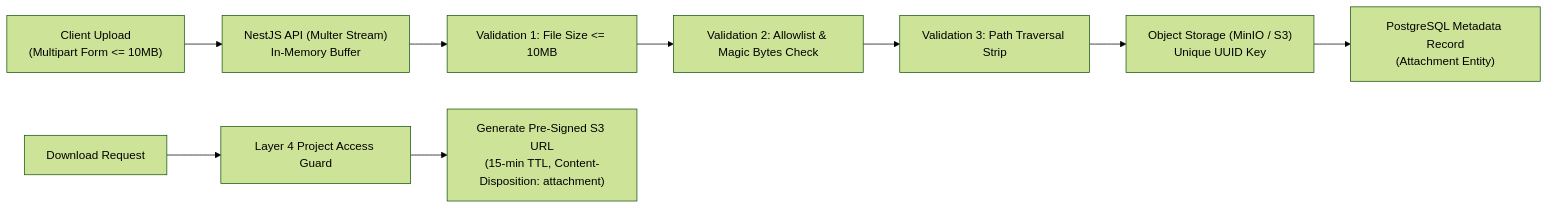
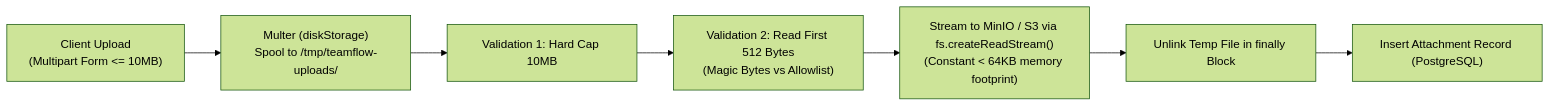
The fourth of 6 diagrams in docs/00-project-overview/requirements.md (Y0oLK/teamflow), drawn with Mermaid (forest theme) before and after one commit. The commit also changed other lines of this file and 3 other files, not shown here.

Commit message:
docs: finalize v1.2.1 requirements verification with memory-safe uploads, tie-breaking, post-commit crash recovery, and GDPR audit retention

````diff
--- a/docs/00-project-overview/requirements.md
+++ b/docs/00-project-overview/requirements.md
@@ -163,11 +165,9 @@
 ```mermaid
 flowchart LR
-    Client["Client Upload\n(Multipart Form <= 10MB)"] --> Nest["NestJS API (Multer Stream)\nIn-Memory Buffer"]
-    Nest --> V1["Validation 1: File Size <= 10MB"]
-    V1 --> V2["Validation 2: Allowlist & Magic Bytes Check"]
-    V2 --> V3["Validation 3: Path Traversal Strip"]
-    V3 --> S3["Object Storage (MinIO / S3)\nUnique UUID Key"]
-    S3 --> DB["PostgreSQL Metadata Record\n(Attachment Entity)"]
-    ClientDownload["Download Request"] --> Guard["Layer 4 Project Access Guard"]
-    Guard --> PreSigned["Generate Pre-Signed S3 URL\n(15-min TTL, Content-Disposition: attachment)"]
+    Client["Client Upload\n(Multipart Form <= 10MB)"] --> Multer["Multer (diskStorage)\nSpool to /tmp/teamflow-uploads/"]
+    Multer --> V1["Validation 1: Hard Cap 10MB"]
+    V1 --> V2["Validation 2: Read First 512 Bytes\n(Magic Bytes vs Allowlist)"]
+    V2 --> Stream["Stream to MinIO / S3 via fs.createReadStream()\n(Constant < 64KB memory footprint)"]
+    Stream --> Cleanup["Unlink Temp File in finally Block"]
+    Cleanup --> DB["Insert Attachment Record (PostgreSQL)"]
 ```
````
